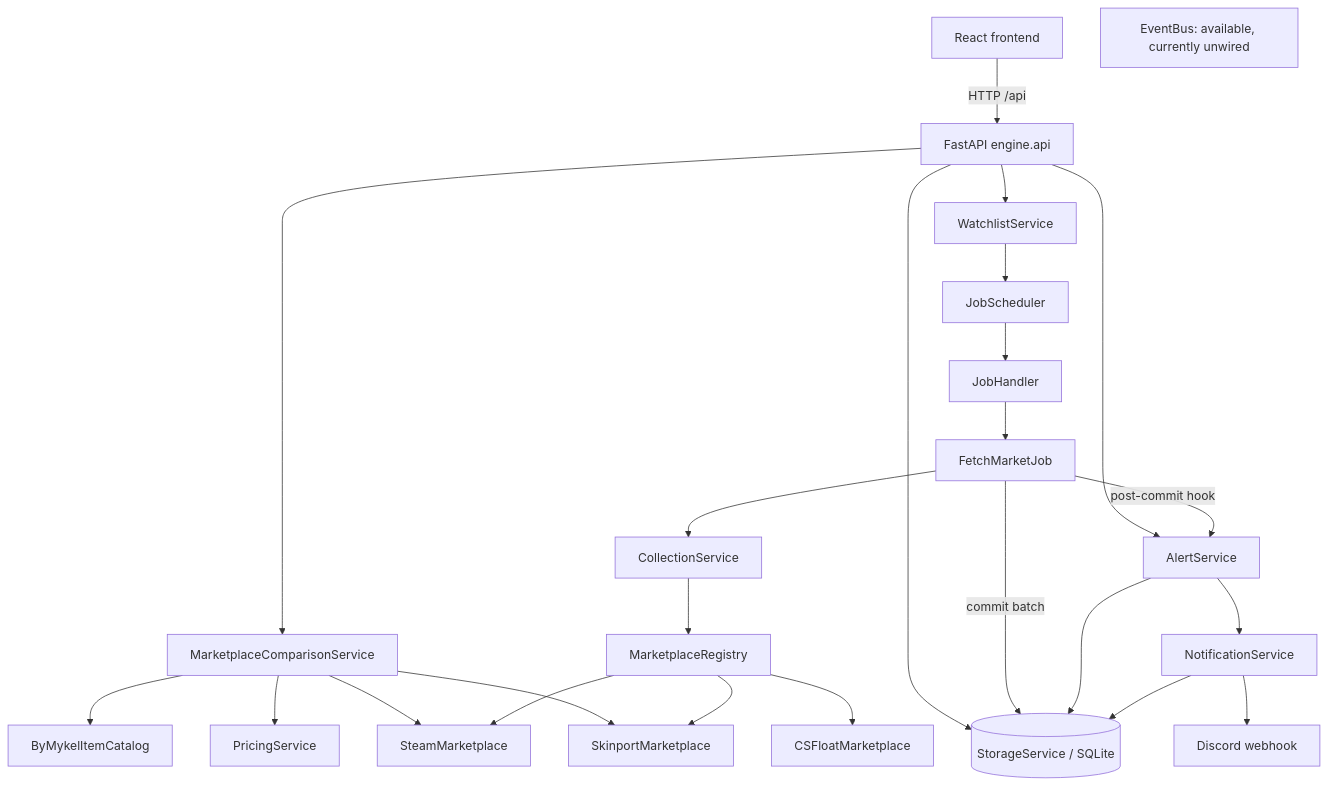
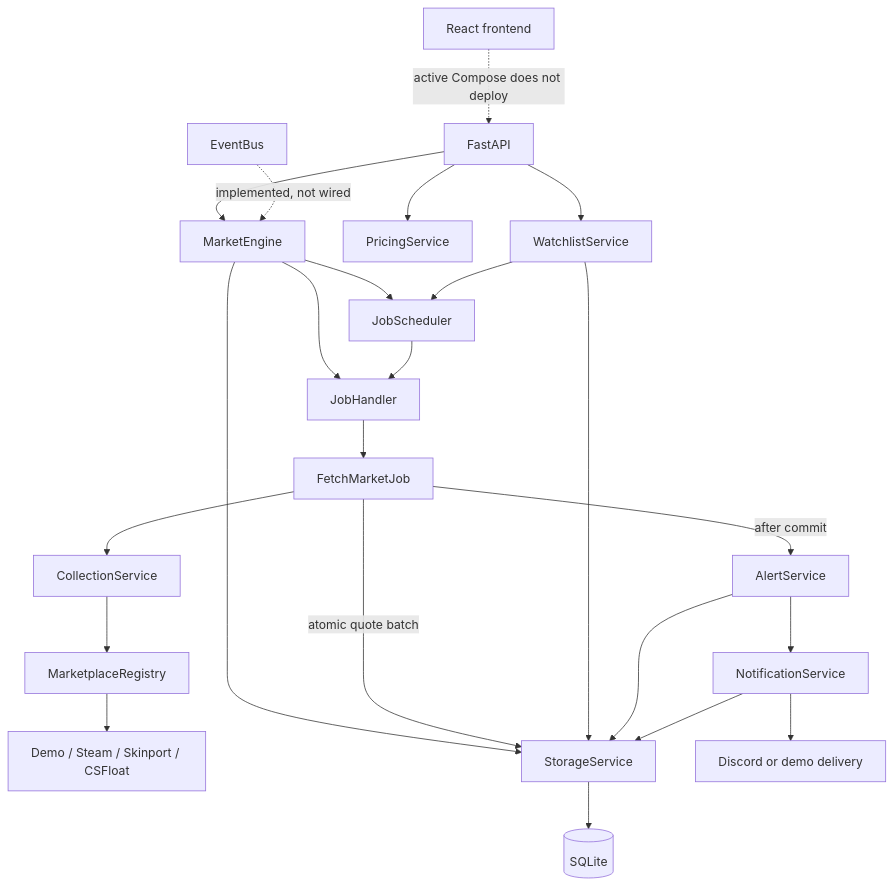
Before and after one commit to maciejL03/price-oracle: the first of 2 diagrams in README.md, drawn with Mermaid. The commit also changed other lines of this file, not shown here.

````diff
--- a/README.md
+++ b/README.md
@@ -31,30 +166,27 @@
 ```mermaid
-flowchart TD
-    Browser[React frontend] -->|HTTP /api| API[FastAPI engine.api]
-    API --> Comparison[MarketplaceComparisonService]
-    API --> Watchlists[WatchlistService]
-    API --> Alerts[AlertService]
-    API --> Storage[(StorageService / SQLite)]
-
-    Comparison --> Catalog[ByMykelItemCatalog]
-    Comparison --> Pricing[PricingService]
-    Comparison --> Steam[SteamMarketplace]
-    Comparison --> Skinport[SkinportMarketplace]
-
-    Watchlists --> Scheduler[JobScheduler]
-    Scheduler --> Handler[JobHandler]
+flowchart TB
+    Browser[React frontend] -. active Compose does not deploy .-> API[FastAPI]
+    API --> Engine[MarketEngine]
+    Engine --> Scheduler[JobScheduler]
+    Engine --> Handler[JobHandler]
+    Scheduler --> Handler
     Handler --> Fetch[FetchMarketJob]
     Fetch --> Collection[CollectionService]
     Collection --> Registry[MarketplaceRegistry]
-    Registry --> CSFloat[CSFloatMarketplace]
-    Registry --> Steam
-    Registry --> Skinport
-    Fetch -->|commit batch| Storage
-    Fetch -->|post-commit hook| Alerts
+    Registry --> Providers[Demo / Steam / Skinport / CSFloat]
+
+    Engine --> Storage[StorageService]
+    Fetch -->|atomic quote batch| Storage
+    API --> Pricing[PricingService]
+    API --> Watchlists[WatchlistService]
+    Watchlists --> Storage
+    Watchlists --> Scheduler
+    Fetch -->|after commit| Alerts[AlertService]
     Alerts --> Storage
     Alerts --> Notifications[NotificationService]
     Notifications --> Storage
-    Notifications --> Discord[Discord webhook]
+    Notifications --> Discord[Discord or demo delivery]
+    Storage --> SQLite[(SQLite)]
 
-    EventBus[EventBus: available, currently unwired]
+    EventBus[EventBus] -. implemented, not wired .-> Engine
 ```
````
